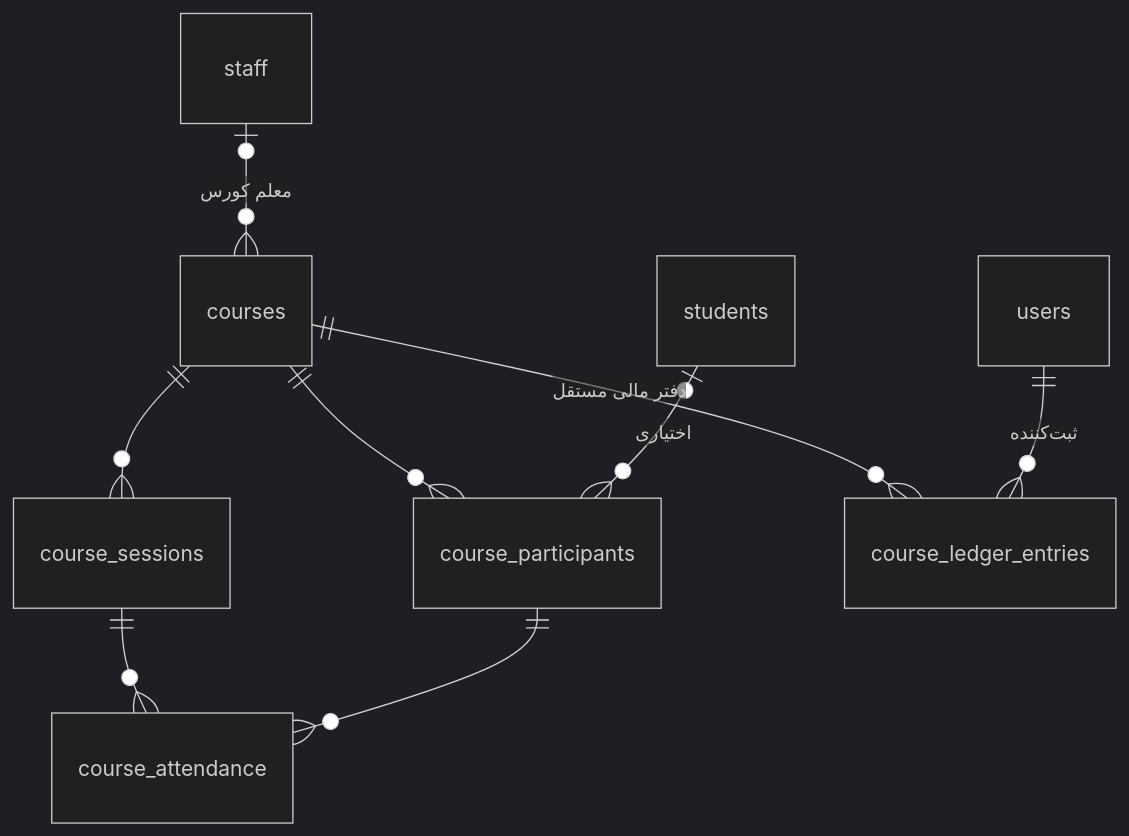
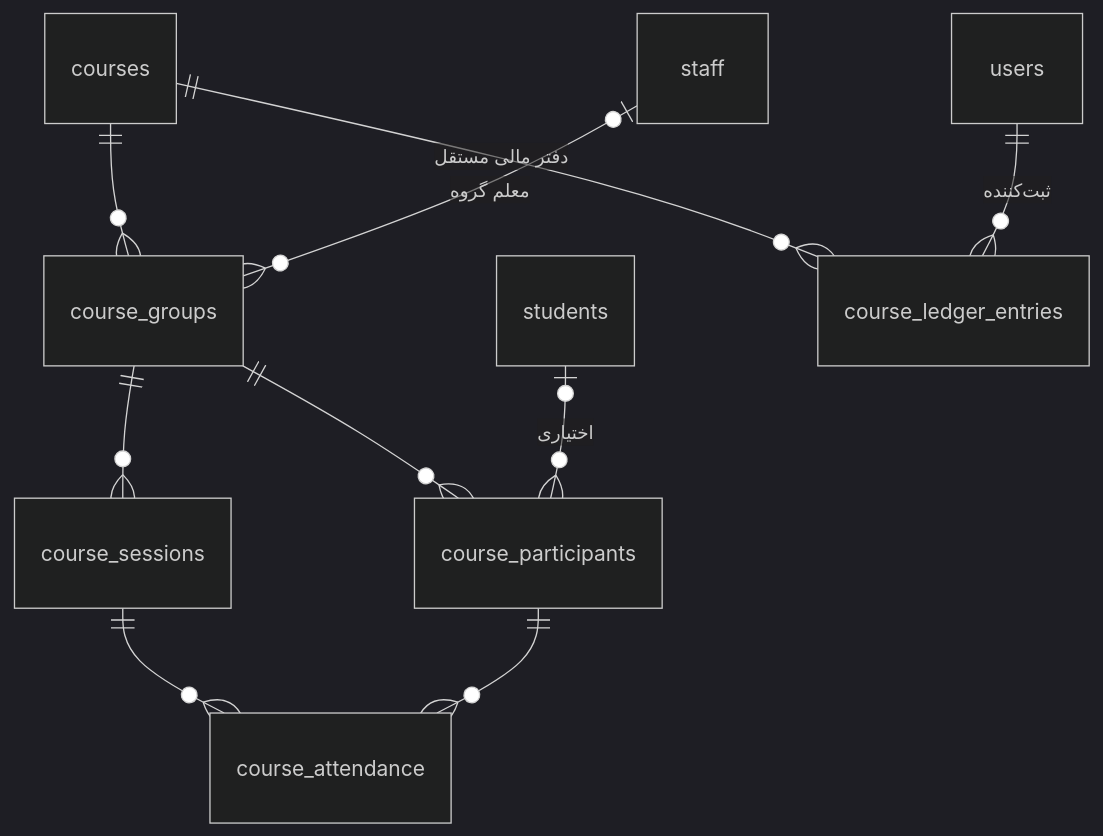
The fourth of 5 diagrams in DATABASE.md (4466127/High-School-management-system), drawn with Mermaid (dark theme) before and after one commit. The commit also changed other lines of this file and 52 other files, not shown here.

````diff
--- a/DATABASE.md
+++ b/DATABASE.md
@@ -93,11 +93,12 @@
 ```mermaid
 erDiagram
-    staff |o--o{ courses : "معلم کورس"
-    courses ||--o{ course_participants : ""
+    courses ||--o{ course_groups : ""
+    staff |o--o{ course_groups : "معلم گروه"
+    course_groups ||--o{ course_participants : ""
     students |o--o{ course_participants : "اختیاری"
-    courses ||--o{ course_sessions : ""
+    course_groups ||--o{ course_sessions : ""
     course_sessions ||--o{ course_attendance : ""
     course_participants ||--o{ course_attendance : ""
     courses ||--o{ course_ledger_entries : "دفتر مالی مستقل"
     users ||--o{ course_ledger_entries : "ثبت‌کننده"
 ```
````
